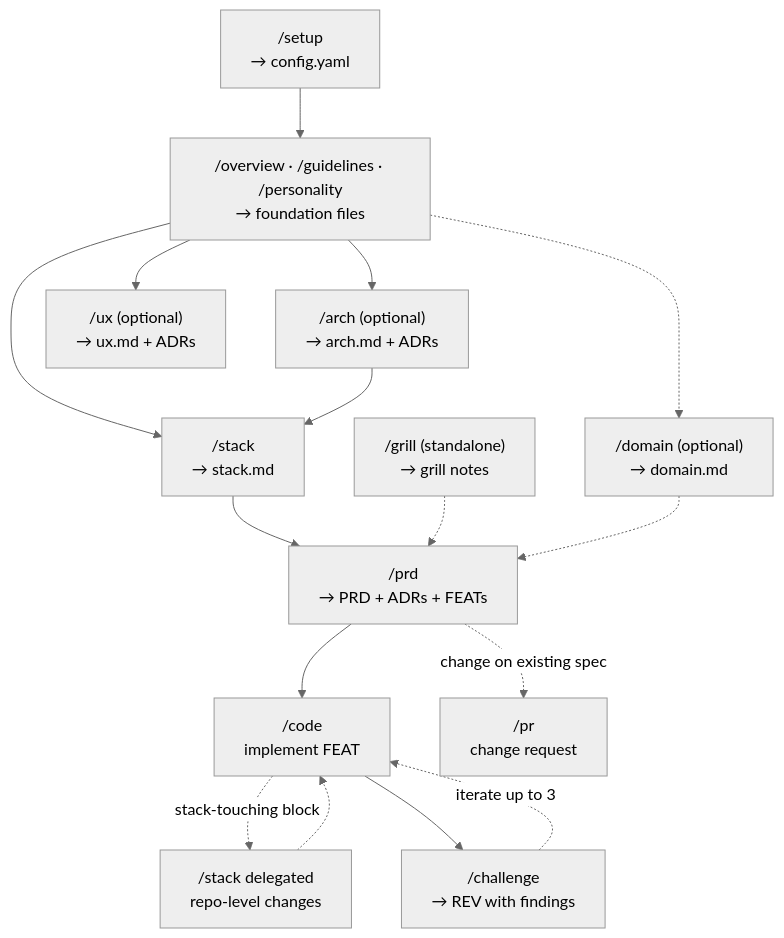
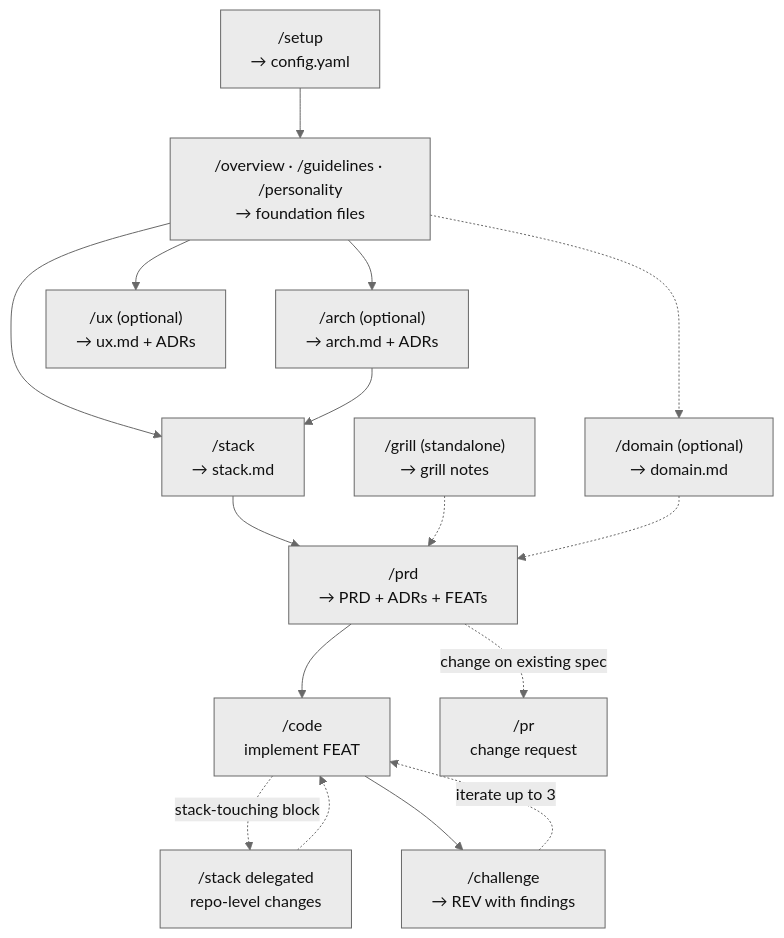
One commit to ccosming/skills changed the diagram in README.md. Above: the diagram before and after it, drawn with Mermaid. The commit also changed other lines of this file and 5 other files, not shown here.

First line of the commit message:
style(diagrams): grayscale base palette and layout guidance

````diff
--- a/README.md
+++ b/README.md
@@ -49,32 +49,32 @@
 ```mermaid
-%%{init: {'theme':'neutral'}}%%
+%%{init: {'theme':'base','themeVariables':{'primaryColor':'#ebebeb','primaryBorderColor':'#686868','primaryTextColor':'#101010','lineColor':'#686868','secondaryColor':'#cccccc','tertiaryColor':'#a9a9a9','clusterBkg':'#cccccc','clusterBorder':'#525252','edgeLabelBackground':'#ebebeb'}}}%%
 flowchart TD
     Setup["/setup<br/>→ config.yaml"]
     Found["/overview · /guidelines · /personality<br/>→ foundation files"]
     Arch["/arch (optional)<br/>→ arch.md + ADRs"]
     UX["/ux (optional)<br/>→ ux.md + ADRs"]
     Domain["/domain (optional)<br/>→ domain.md"]
     Stack["/stack<br/>→ stack.md"]
     Grill["/grill (standalone)<br/>→ grill notes"]
     PRD["/prd<br/>→ PRD + ADRs + FEATs"]
     Code["/code<br/>implement FEAT"]
     StackDel["/stack delegated<br/>repo-level changes"]
     Challenge["/challenge<br/>→ REV with findings"]
     PR["/pr<br/>change request"]
 
     Setup --> Found
     Found --> Arch
     Found --> UX
     Found --> Stack
     Arch --> Stack
     Found -.-> Domain
     Stack --> PRD
     Grill -.-> PRD
     Domain -.-> PRD
     PRD --> Code
     Code -.->|stack-touching block| StackDel
     StackDel -.-> Code
     Code --> Challenge
     Challenge -.->|iterate up to 3| Code
     PRD -.->|change on existing spec| PR
 ```
````
